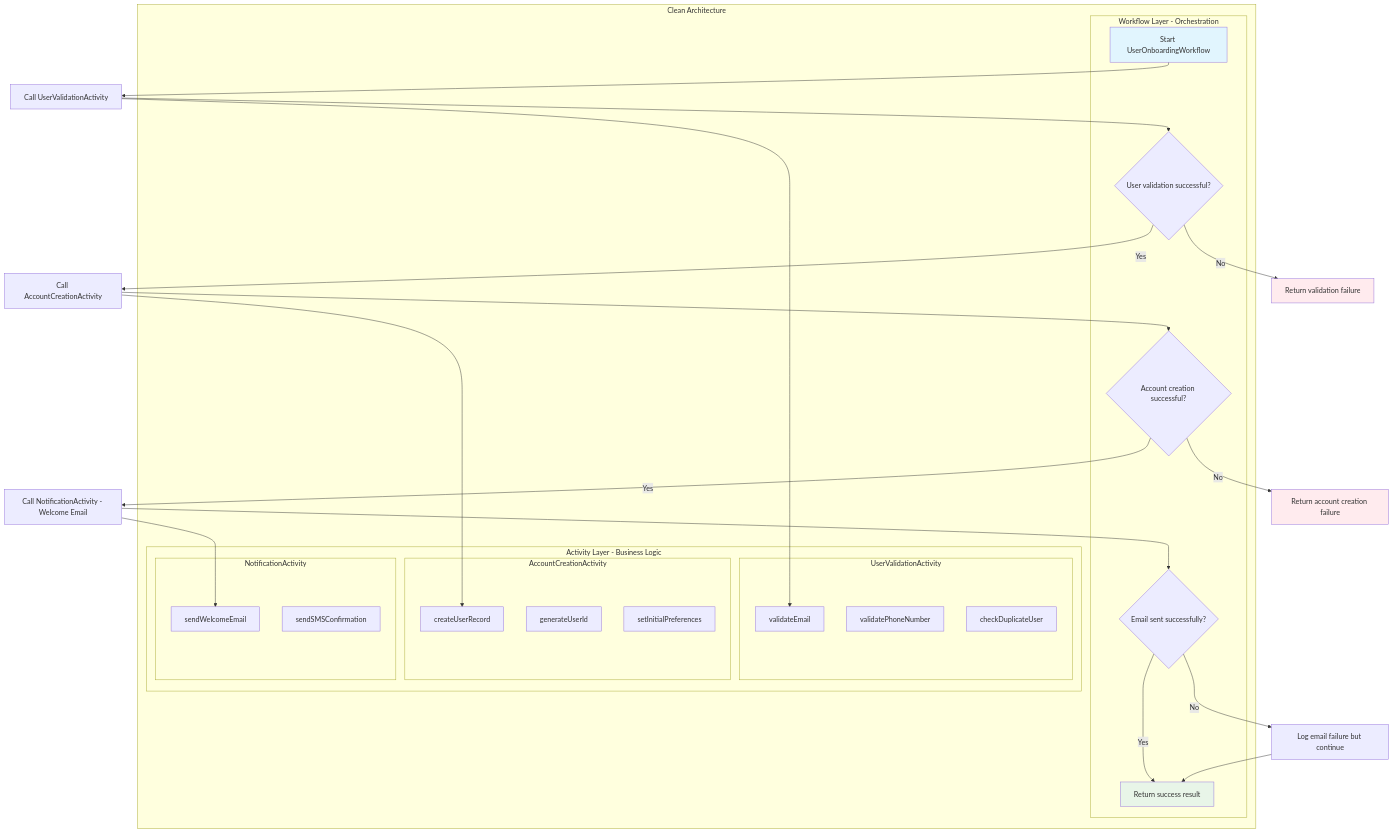
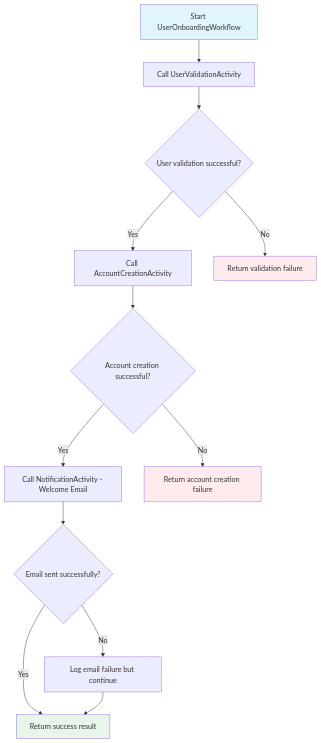
Before and after one commit to vorrawut/temporal-starter: the first of 2 diagrams in class/modules/lesson_6/diagram.md, drawn with Mermaid. The commit also changed other lines of this file and 43 other files, not shown here.

````diff
--- a/class/modules/lesson_6/diagram.md
+++ b/class/modules/lesson_6/diagram.md
@@ -5,52 +19,19 @@
 ```mermaid
 flowchart TD
     A[Start UserOnboardingWorkflow] --> B[Call UserValidationActivity]
     B --> C{User validation successful?}
     C -- Yes --> D[Call AccountCreationActivity]
     C -- No --> E[Return validation failure]
     D --> F{Account creation successful?}
     F -- Yes --> G[Call NotificationActivity - Welcome Email]
     F -- No --> H[Return account creation failure]
     G --> I{Email sent successfully?}
     I -- Yes --> J[Return success result]
     I -- No --> K[Log email failure but continue]
     K --> J
     
-    subgraph "Clean Architecture"
-        subgraph "Workflow Layer - Orchestration"
-            A
-            C
-            F
-            I
-            J
-        end
-        
-        subgraph "Activity Layer - Business Logic"
-            subgraph "UserValidationActivity"
-                L[validateEmail]
-                M[validatePhoneNumber]
-                N[checkDuplicateUser]
-            end
-            
-            subgraph "AccountCreationActivity" 
-                O[createUserRecord]
-                P[generateUserId]
-                Q[setInitialPreferences]
-            end
-            
-            subgraph "NotificationActivity"
-                R[sendWelcomeEmail]
-                S[sendSMSConfirmation]
-            end
-        end
-    end
-    
-    B --> L
-    D --> O
-    G --> R
-    
     style A fill:#e1f5fe
     style J fill:#e8f5e8
     style E fill:#ffebee
     style H fill:#ffebee
 ```
````
